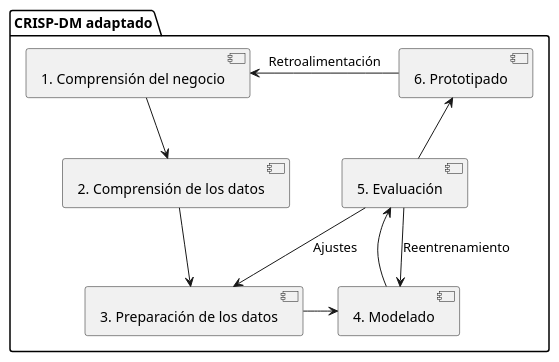
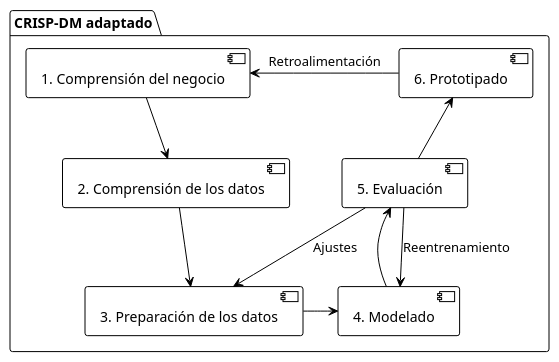
One commit to gallegosj89/phdProtocol changed the diagram in Figures/componentes.puml. Above: the diagram before and after it, drawn with PlantUML. The commit also changed 12 other files, not shown here.

```diff
--- a/Figures/componentes.puml
+++ b/Figures/componentes.puml
@@ -1,25 +1,27 @@
 @startuml
 'title Diagrama de Componentes: Estructura CRISP-DM para Dátil Medjool
 
 'left to right direction
+
+!theme mono
 
 package "CRISP-DM adaptado" {
   [1. Comprensión del negocio]
   [2. Comprensión de los datos]
   [3. Preparación de los datos]
   [4. Modelado]
   [5. Evaluación]
   [6. Prototipado]
 }
 
 [1. Comprensión del negocio] -d-> [2. Comprensión de los datos]
 [2. Comprensión de los datos] -d-> [3. Preparación de los datos]
 [3. Preparación de los datos] -r-> [4. Modelado]
 [4. Modelado] -u-> [5. Evaluación]
 [5. Evaluación] -u-> [6. Prototipado]
 
 ' Loopbacks típicos de CRISP-DM
 [5. Evaluación] --> [3. Preparación de los datos] : Ajustes
 [5. Evaluación] --> [4. Modelado] : Reentrenamiento
 [6. Prototipado] -l-> [1. Comprensión del negocio] : Retroalimentación
 @enduml
```
